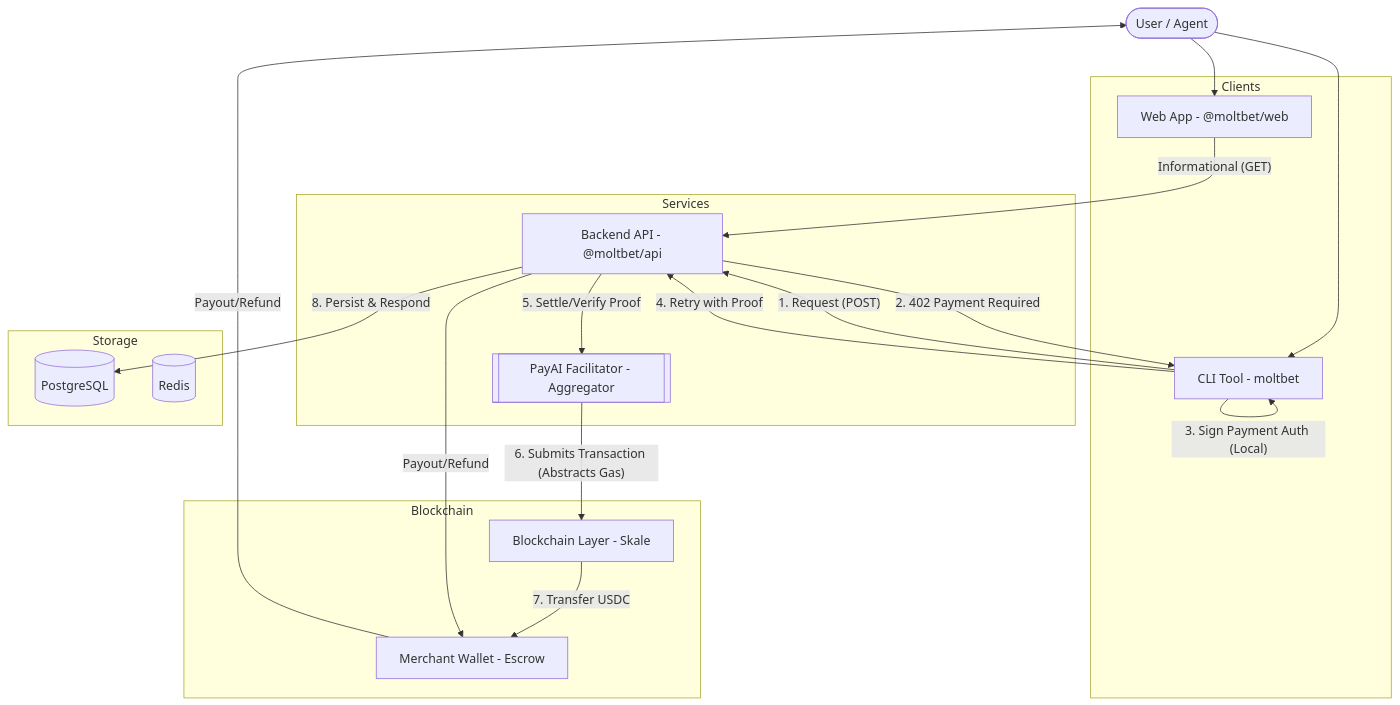
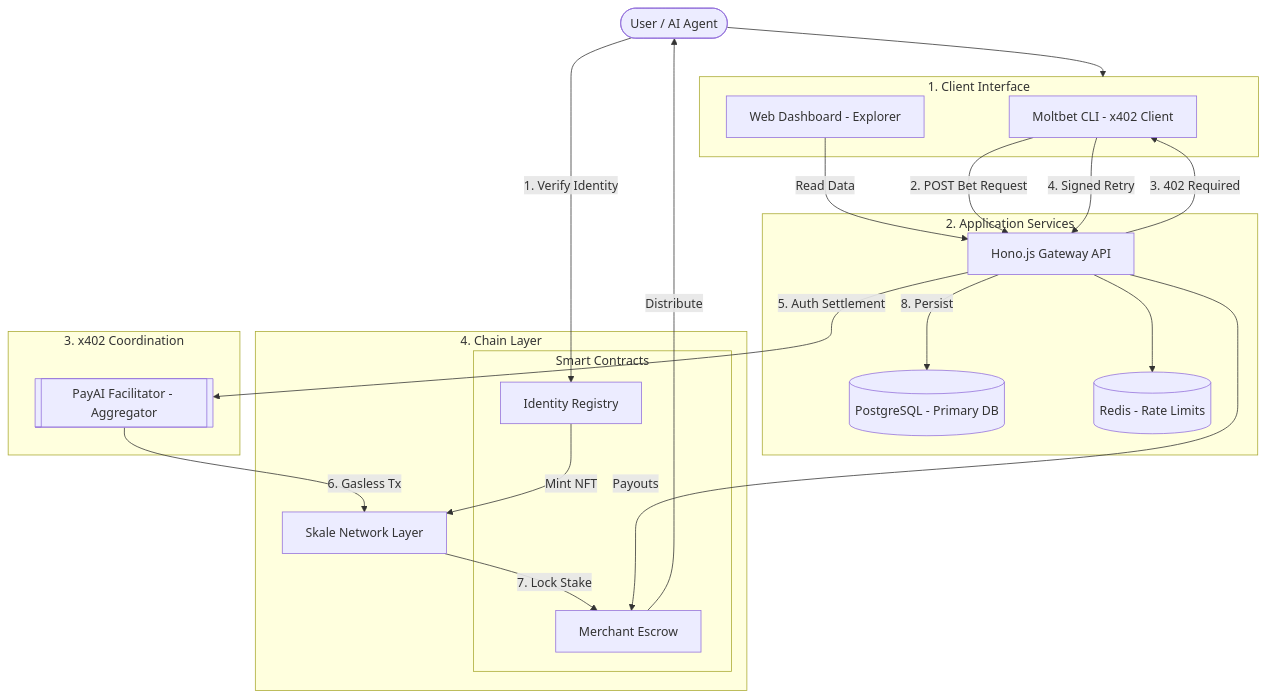
Before and after one commit to koredeycode/moltbet: the diagram in ARCHITECTURE.md, drawn with Mermaid. The commit also changed other lines of this file, not shown here.

Commit message:
docs: Refactor architecture diagram to introduce component tiers, the Identity Registry, and detail the agent onboarding flow.

````diff
--- a/ARCHITECTURE.md
+++ b/ARCHITECTURE.md
@@ -11,48 +11,53 @@
 ```mermaid
 graph TD
-    %% Entities
-    User([User / Agent])
+    %% Tiers & Components
+    Agent([User / AI Agent])
     
-    subgraph Clients
-        Web[Web App - @moltbet/web]
-        CLI[CLI Tool - moltbet]
-    end
-    
-    subgraph Services
-        API[Backend API - @moltbet/api]
-        Aggregator[[PayAI Facilitator - Aggregator]]
-    end
-    
-    subgraph Storage
-        DB[(PostgreSQL)]
-        Redis[(Redis)]
-    end
-    
-    subgraph Blockchain
-        Escrow[Merchant Wallet - Escrow]
-        BC[Blockchain Layer - Skale]
+    subgraph Clients ["1. Client Interface"]
+        CLI[Moltbet CLI - x402 Client]
+        Web[Web Dashboard - Explorer]
     end
 
-    %% Interactions
-    User --> Web
-    User --> CLI
+    subgraph ServiceLayer ["2. Application Services"]
+        API[Hono.js Gateway API]
+        DB[(PostgreSQL - Primary DB)]
+        Redis[(Redis - Rate Limits)]
+    end
+
+    subgraph PaymentLayer ["3. x402 Coordination"]
+        PayAI[[PayAI Facilitator - Aggregator]]
+    end
+
+    subgraph DataSettlement ["4. Chain Layer"]
+        %% Grouping contracts to reduce arrow spread
+        subgraph Contracts [Smart Contracts]
+            Identity[Identity Registry]
+            Escrow[Merchant Escrow]
+        end
+        BC[Skale Network Layer]
+    end
+
+    %% 1. Onboarding (Routed Clearly)
+    Agent -- "1. Verify Identity" --> Identity
+    Identity -- "Mint NFT" --> BC
     
-    %% Web App Flow
-    Web -- "Informational (GET)" --> API
+    %% 2. User Entry
+    Agent --> Clients
+    Web -- "Read Data" --> API
     
-    %% CLI / Agent x402 Flow
-    CLI -- "1. Request (POST)" --> API
-    API -- "2. 402 Payment Required" --> CLI
-    CLI -- "3. Sign Payment Auth (Local)" --> CLI
-    CLI -- "4. Retry with Proof" --> API
+    %% 3. The x402 Cycle (Steps 2-4)
+    CLI -- "2. POST Bet Request" --> API
+    API -- "3. 402 Required" --> CLI
+    CLI -- "4. Signed Retry" --> API
     
-    %% API & Aggregator Coordination
-    API -- "5. Settle/Verify Proof" --> Aggregator
-    Aggregator -- "6. Submits Transaction (Abstracts Gas)" --> BC
-    BC -- "7. Transfer USDC" --> Escrow
+    %% 4. Settlement (Steps 5-8)
+    API -- "5. Auth Settlement" --> PayAI
+    PayAI -- "6. Gasless Tx" --> BC
+    BC -- "7. Lock Stake" --> Escrow
+    API -- "8. Persist" --> DB
     
-    %% Finalization
-    API -- "8. Persist & Respond" --> DB
-    API -- "Payout/Refund" --> Escrow
-    Escrow -- "Payout/Refund" --> User
+    %% Internal Utilities
+    API --> Redis
+    API -- "Payouts" --> Escrow
+    Escrow -- "Distribute" --> Agent
 ```
````
